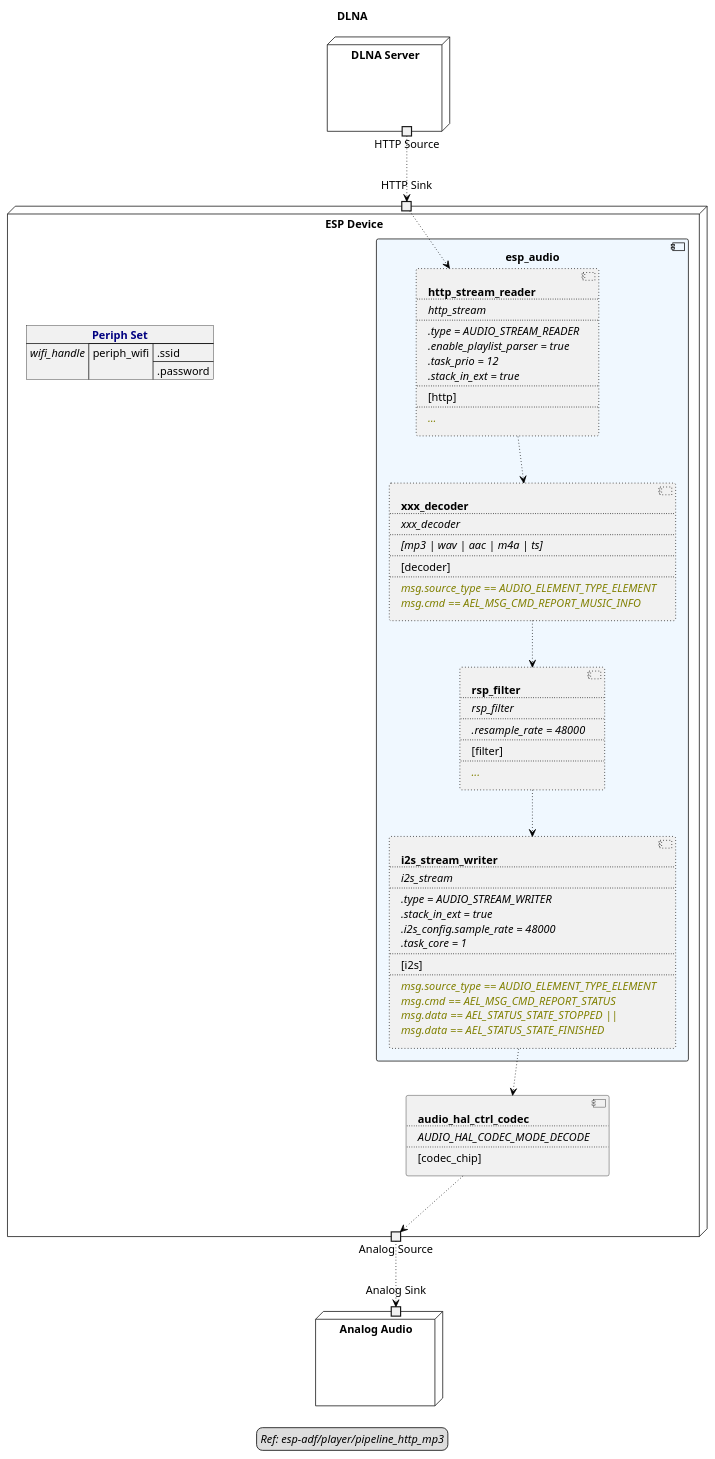
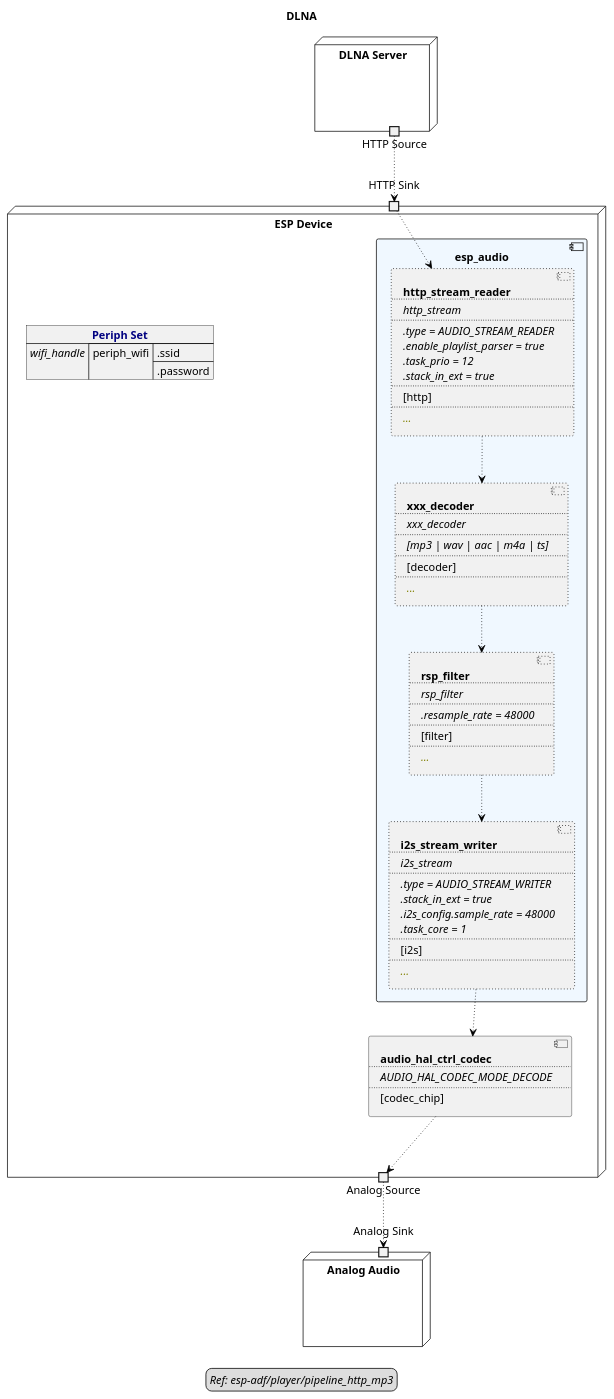
One commit to liang-zhu-zi/open-audio-adapter changed the diagram in examples/esp-adf/advanced_examples/dlna/audio-stream-diagram.plantuml. Above: the diagram before and after it, drawn with PlantUML. The commit also changed 2 other files, not shown here.

Commit message:
add audio flow chart

```diff
--- a/examples/esp-adf/advanced_examples/dlna/audio-stream-diagram.plantuml
+++ b/examples/esp-adf/advanced_examples/dlna/audio-stream-diagram.plantuml
@@ -1,110 +1,106 @@
 @startuml dlna
 title DLNA
 allowmixing
 
 legend
 //Ref: esp-adf/player/pipeline_http_mp3//
 end legend
 
 node "DLNA Server" as DLNAServer  {
     portout "HTTP Source" as HTTPSource
 } 
 
 node "ESP Device" as ESPDevice  {
 
     json "<b><color navy>Periph Set" as periph_set {
         "<i>wifi_handle" : {
             "periph_wifi" : [".ssid", ".password"]
         }
     }
     
     portin "HTTP Sink" as HTTPSink
 
     component "esp_audio" as esp_audio  #aliceblue {
 
         component HTTPStream #line:black;line.dotted;text:black [
             <b>http_stream_reader
             ....
             <i>http_stream
             ....
             <i>.type = AUDIO_STREAM_READER
             <i>.enable_playlist_parser = true
             <i>.task_prio = 12
             <i>.stack_in_ext = true
             ....
             [http]
             ....
             <i><color olive>...
         ]
 
         component XxxDecoder #line:black;line.dotted;text:black [
             <b>xxx_decoder
             ....
             <i>xxx_decoder
             ....
             <i>[mp3 | wav | aac | m4a | ts]
             ....
             [decoder]
             ....
-            <i><color olive>msg.source_type == AUDIO_ELEMENT_TYPE_ELEMENT
-            <i><color olive>msg.cmd == AEL_MSG_CMD_REPORT_MUSIC_INFO
+            <i><color olive>...
         ]
 
         component rsp_filter #line:black;line.dotted;text:black [
             <b>rsp_filter
             ....
             <i>rsp_filter
             ....
             <i>.resample_rate = 48000
             ....
             [filter]
             ....
             <i><color olive>...
         ]
 
         component I2SStream #line:black;line.dotted;text:black [
             <b>i2s_stream_writer
             ....
             <i>i2s_stream
             ....
             <i>.type = AUDIO_STREAM_WRITER
             <i>.stack_in_ext = true
             <i>.i2s_config.sample_rate = 48000
             <i>.task_core = 1
             ....
             [i2s]
             ....
-            <i><color olive>msg.source_type == AUDIO_ELEMENT_TYPE_ELEMENT
-            <i><color olive>msg.cmd == AEL_MSG_CMD_REPORT_STATUS
-            <i><color olive>msg.data == AEL_STATUS_STATE_STOPPED ||
-            <i><color olive>msg.data == AEL_STATUS_STATE_FINISHED
+            <i><color olive>...
         ]
     }
 
     component HALCodec [
         <b>audio_hal_ctrl_codec
         ....
         <i>AUDIO_HAL_CODEC_MODE_DECODE
         ....
         [codec_chip]
     ]
 
     portout "Analog Source" as AnalogSource
 } 
 
 node "Analog Audio" as AnalogAudio  {
     portin "Analog Sink" as AnalogSink
 }
 
 HTTPSource --> HTTPSink         #line:black;line.dotted;text:black
 
 HTTPSink    --> HTTPStream      #line:black;line.dotted;text:black
 HTTPStream  --> XxxDecoder      #line:black;line.dotted;text:black
 XxxDecoder  --> rsp_filter        #line:black;line.dotted;text:black
 rsp_filter  --> I2SStream         #line:black;line.dotted;text:black
 I2SStream   --> HALCodec         #line:black;line.dotted;text:black
 HALCodec    --> AnalogSource     #line:black;line.dotted;text:black
 
 AnalogSource --> AnalogSink     #line:black;line.dotted;text:black
 
 @enduml
```
